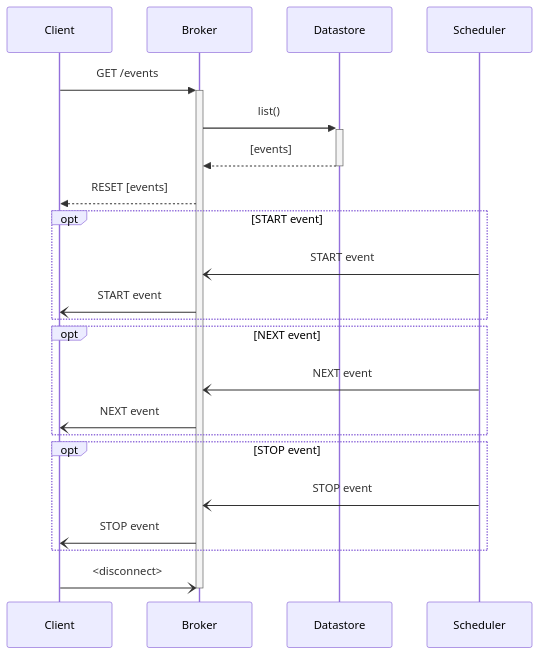
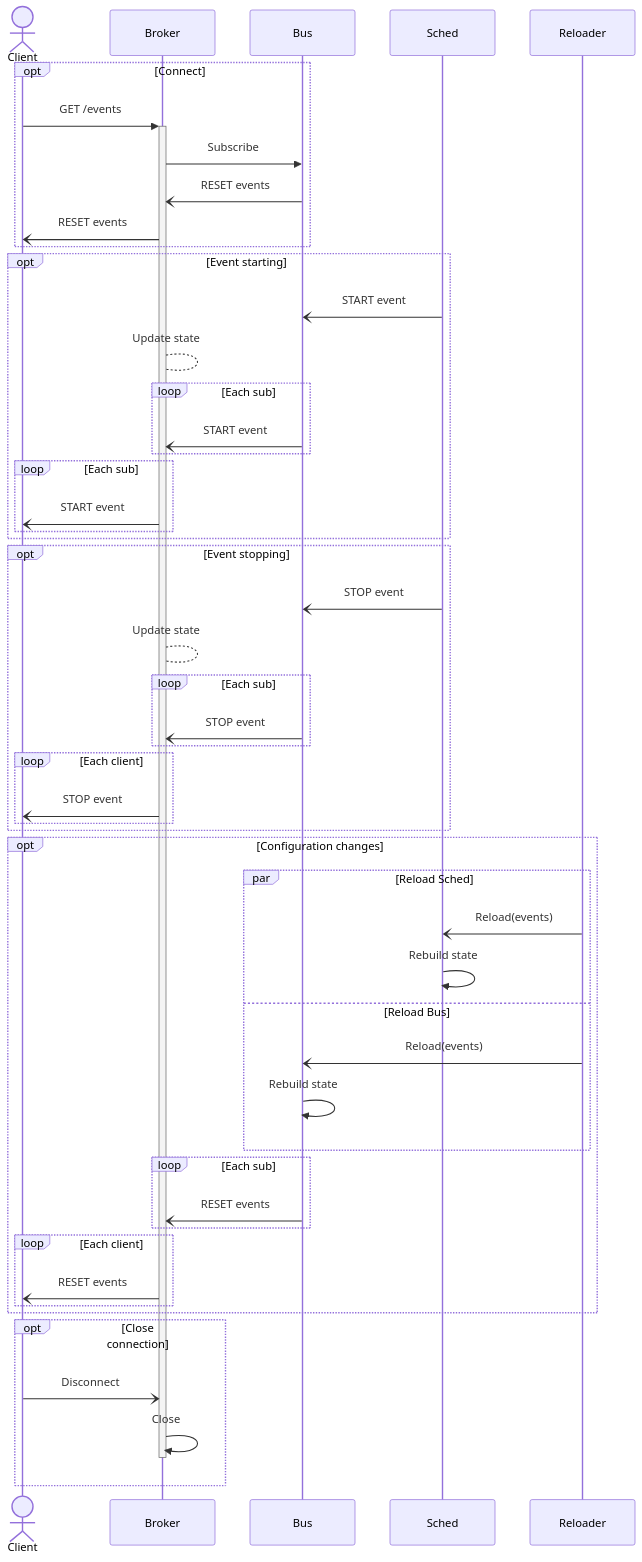
The diagram in README.md (bsid-es/steven), drawn with Mermaid before and after one commit.

Commit message:
readme: enhance sequence diagram

````diff
--- a/README.md
+++ b/README.md
@@ -100,31 +100,59 @@
 ```mermaid
 sequenceDiagram
 
-participant Client
+actor Client
 participant Broker
-participant Datastore
-participant Scheduler
+participant Bus
+participant Sched
+participant Reloader
 
-Client->>+Broker:GET /events
-Broker->>+Datastore:list()
-Datastore-->>-Broker:[events]
-Broker-->>Client:RESET [events]
-
-opt START event
-Scheduler-)Broker:START event
-Broker-)Client:START event
+opt Connect
+	Client->>+Broker: GET /events
+	Broker->>Bus: Subscribe
+	Bus-)Broker: RESET events
+	Broker-)Client: RESET events
 end
 
-opt NEXT event
-Scheduler-)Broker:NEXT event
-Broker-)Client:NEXT event
+opt Event starting
+	Sched-)Bus: START event
+	Broker-->Broker: Update state
+	loop Each sub
+		Bus-)Broker: START event
+	end
+	loop Each sub
+		Broker-)Client: START event
+	end
 end
 
-opt STOP event
-Scheduler-)Broker:STOP event
-Broker-)Client:STOP event
+opt Event stopping
+	Sched-)Bus: STOP event
+	Broker-->Broker: Update state
+	loop Each sub
+		Bus-)Broker: STOP event
+	end
+	loop Each client
+		Broker-)Client: STOP event
+	end
 end
 
-Client-)Broker:<disconnect>
-deactivate Broker
+opt Configuration changes
+	par Reload Sched
+		Reloader-)Sched: Reload(events)
+		Sched->>Sched: Rebuild state
+	and Reload Bus
+		Reloader-)Bus: Reload(events)
+		Bus->>Bus: Rebuild state
+	end
+	loop Each sub
+		Bus-)Broker: RESET events
+	end
+	loop Each client
+		Broker-)Client: RESET events
+	end
+end
+
+opt Close connection
+Client-)Broker: Disconnect
+Broker->>-Broker: Close
+end
 ```
````
